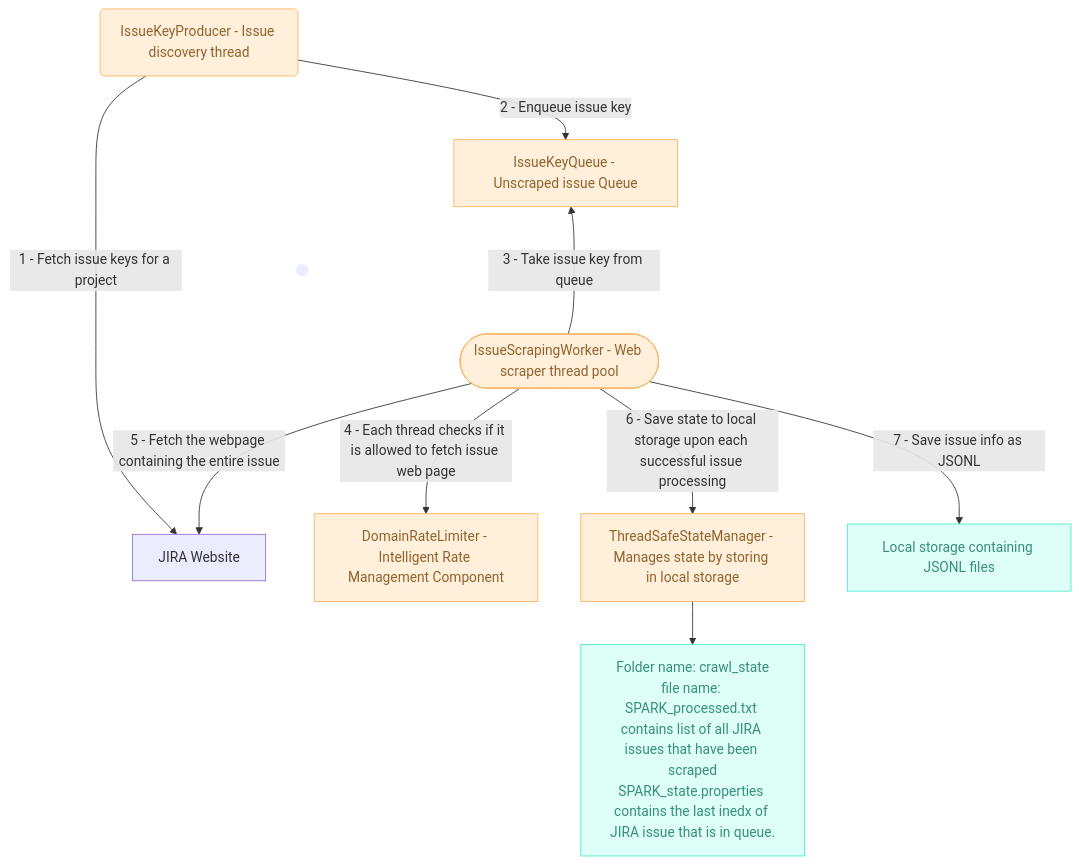
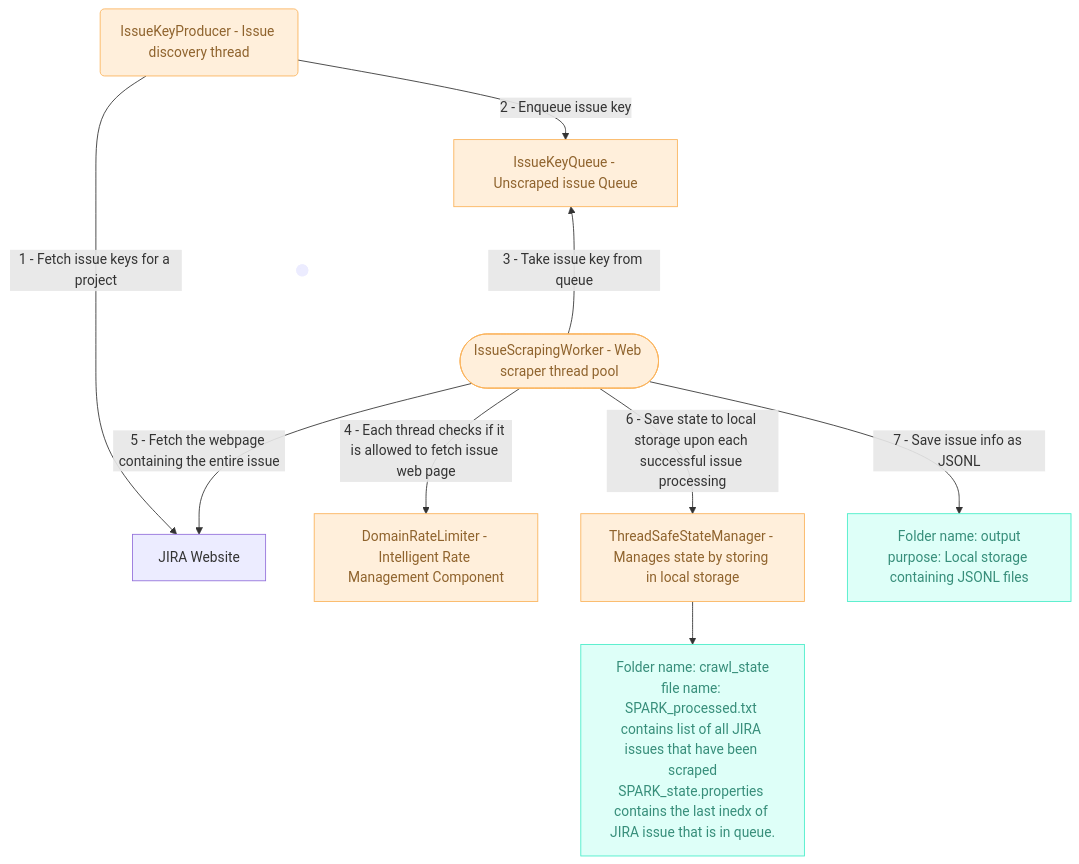
Before and after one commit to nakulh/JIRA-CRAWLER: the diagram in README.md, drawn with Mermaid.

Commit message:
better docs

````diff
--- a/README.md
+++ b/README.md
@@ -6,31 +6,31 @@
 ```mermaid
 flowchart TD
     A["IssueKeyProducer - Issue discovery thread"] -- "2 - Enqueue issue key" --> B["IssueKeyQueue - Unscraped issue Queue"]
     A -- "1 - Fetch issue keys for a project" --> n1["JIRA Website"]
     A ~~~ D1[" "]
     B ~~~ D1
     n1 ~~~ D1
     D1 ~~~ C(["IssueScrapingWorker - Web scraper thread pool"])
     C -- "3 - Take issue key from queue" --> B
     C -- "4 - Each thread checks if it is allowed to fetch issue web page" --> n2["DomainRateLimiter - Intelligent Rate Management Component"]
     C -- "5 - Fetch the webpage containing the entire issue" --> n1
     C -- "6 - Save state to local storage upon each successful issue processing" --> n3["ThreadSafeStateManager - Manages state by storing in local storage"]
-    C -- "7 - Save issue info as JSONL" --> n4["Local storage containing JSONL files"]
+    C -- "7 - Save issue info as JSONL" --> n4["Folder name: output<br>purpose: Local storage containing JSONL files"]
     n3 --> n5["Folder name: crawl_state<br>file name: SPARK_processed.txt contains list of all JIRA issues that have been scraped<br>SPARK_state.properties contains the last inedx of JIRA issue that is in queue."]
 
     A@{ shape: rounded}
     B@{ shape: rect}
     n1@{ shape: rect}
     D1@{ shape: fr-circ}
      A:::Peach
      B:::Peach
      C:::Peach
      n2:::Peach
      n3:::Peach
      n4:::Aqua
      n5:::Aqua
     classDef Aqua stroke-width:1px, stroke-dasharray:none, stroke:#46EDC8, fill:#DEFFF8, color:#378E7A
     classDef Peach stroke-width:1px, stroke-dasharray:none, stroke:#FBB35A, fill:#FFEFDB, color:#8F632D
     style D1 stroke-width:1px,stroke-dasharray: 1,stroke:none
     linkStyle 5 stroke:none,fill:none
 ```
````
